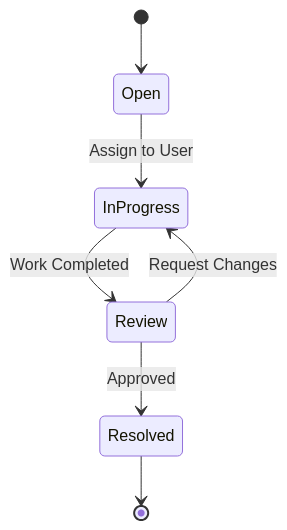
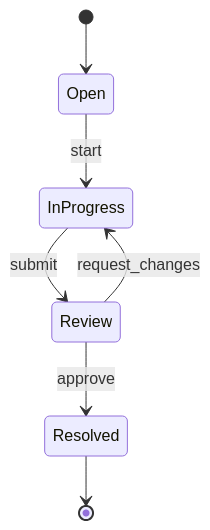
One commit to edraj/website changed the second of 3 diagrams in pack/space/pages/features.md. Above: the diagram before and after it, drawn with Mermaid. The commit also changed other lines of this file and 20 other files, not shown here.

````diff
--- a/pack/space/pages/features.md
+++ b/pack/space/pages/features.md
@@ -42,9 +44,9 @@
 ```mermaid
 stateDiagram-v2
     [*] --> Open
-    Open --> InProgress: Assign to User
-    InProgress --> Review: Work Completed
-    Review --> Resolved: Approved
-    Review --> InProgress: Request Changes
+    Open --> InProgress: start
+    InProgress --> Review: submit
+    Review --> Resolved: approve
+    Review --> InProgress: request_changes
     Resolved --> [*]
 ```
````
